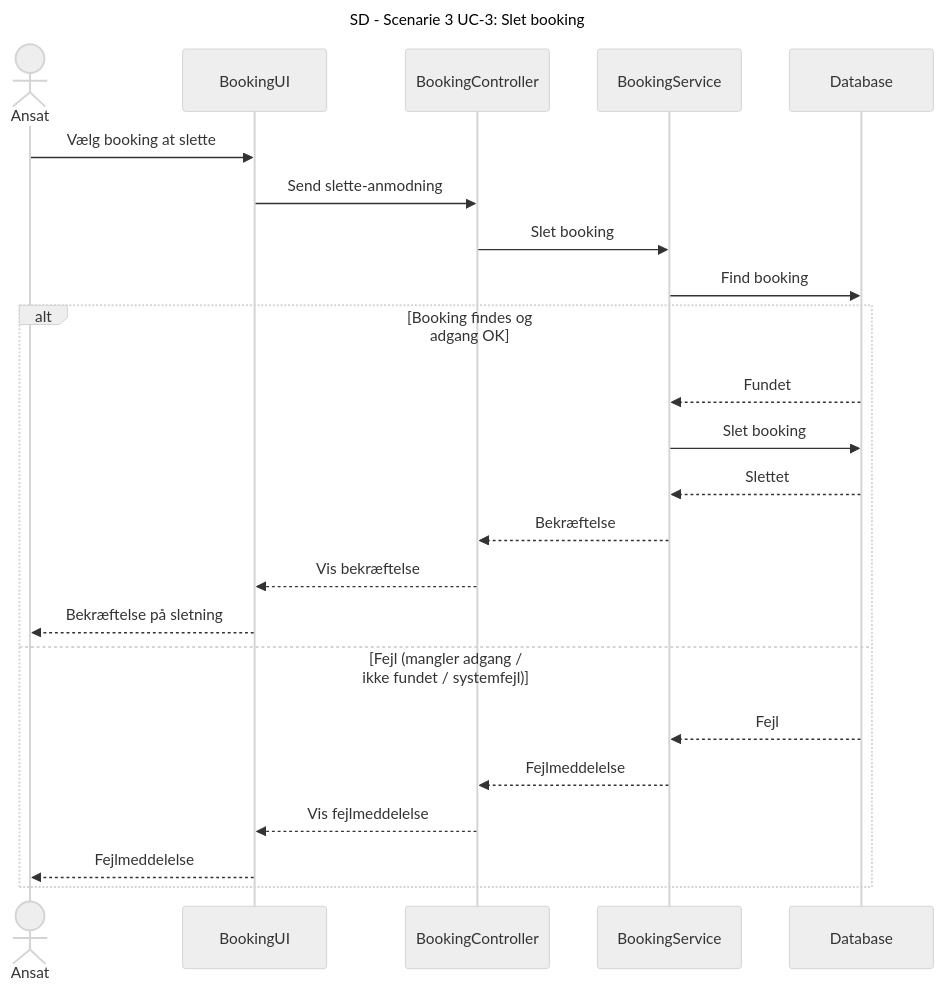
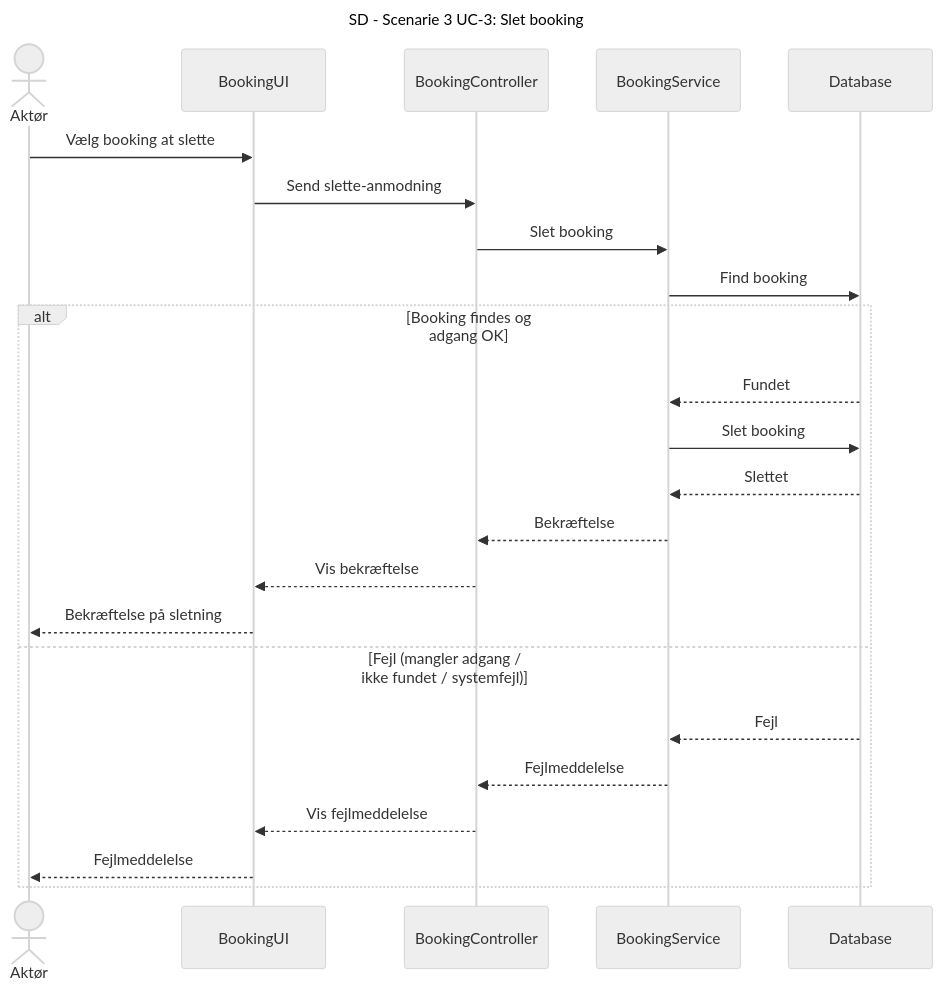
One commit to DMOoF25/TheMovie changed the diagram in docs/Scenarie 3 UC3/SD S3 UC3.mmd. Above: the diagram before and after it, drawn with Mermaid (neutral theme).

Commit message:
Update SD S3 UC3.mmd

```diff
--- a/docs/Scenarie 3 UC3/SD S3 UC3.mmd
+++ b/docs/Scenarie 3 UC3/SD S3 UC3.mmd
@@ -1,27 +1,27 @@
 sequenceDiagram
 title SD - Scenarie 3 UC-3: Slet booking
 
    
-  actor Ansat
+      actor Aktør
     participant BookingUI
     participant BookingController
     participant BookingService
     participant Database
 
-    Ansat->>BookingUI: Vælg booking at slette
+    Aktør->>BookingUI: Vælg booking at slette
     BookingUI->>BookingController: Send slette-anmodning
     BookingController->>BookingService: Slet booking
     BookingService->>Database: Find booking
     alt Booking findes og adgang OK
         Database-->>BookingService: Fundet
         BookingService->>Database: Slet booking
         Database-->>BookingService: Slettet
         BookingService-->>BookingController: Bekræftelse
         BookingController-->>BookingUI: Vis bekræftelse
-        BookingUI-->>Ansat: Bekræftelse på sletning
+        BookingUI-->>Aktør: Bekræftelse på sletning
     else Fejl (mangler adgang / ikke fundet / systemfejl)
         Database-->>BookingService: Fejl
         BookingService-->>BookingController: Fejlmeddelelse
         BookingController-->>BookingUI: Vis fejlmeddelelse
-        BookingUI-->>Ansat: Fejlmeddelelse
+        BookingUI-->>Aktør: Fejlmeddelelse
     end
```
